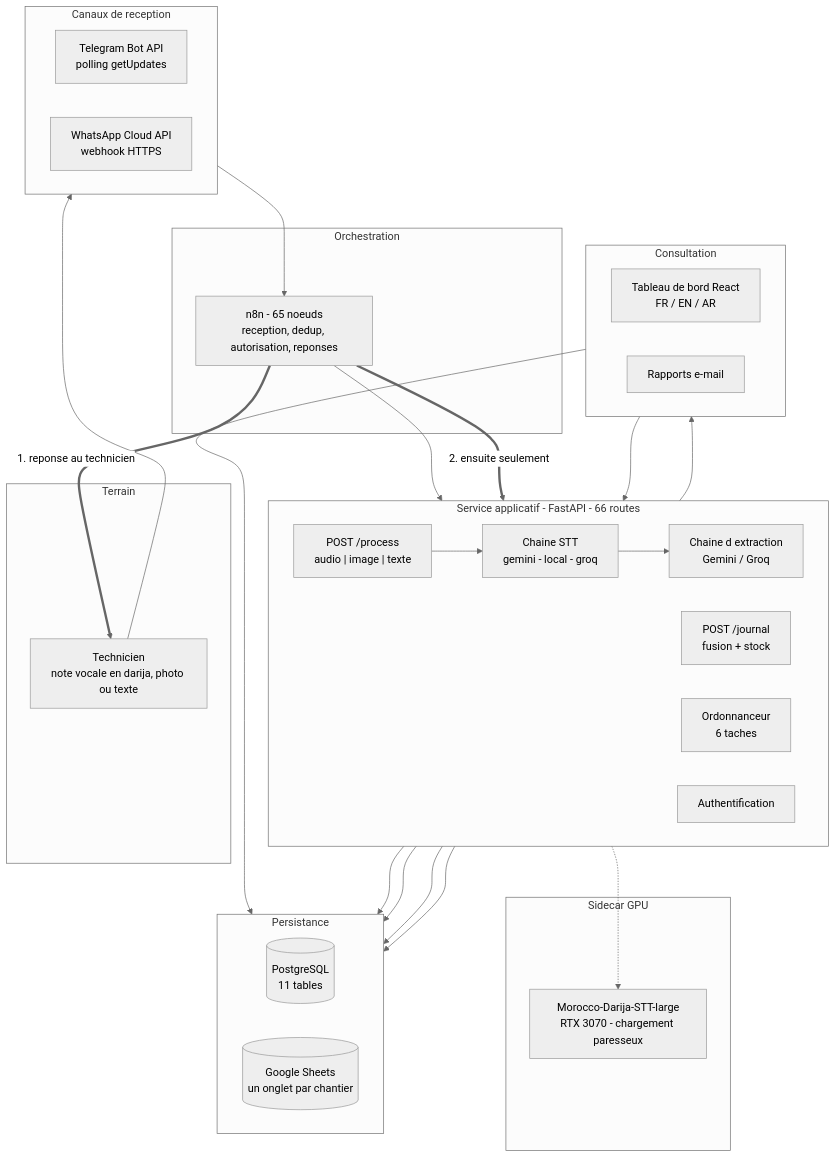
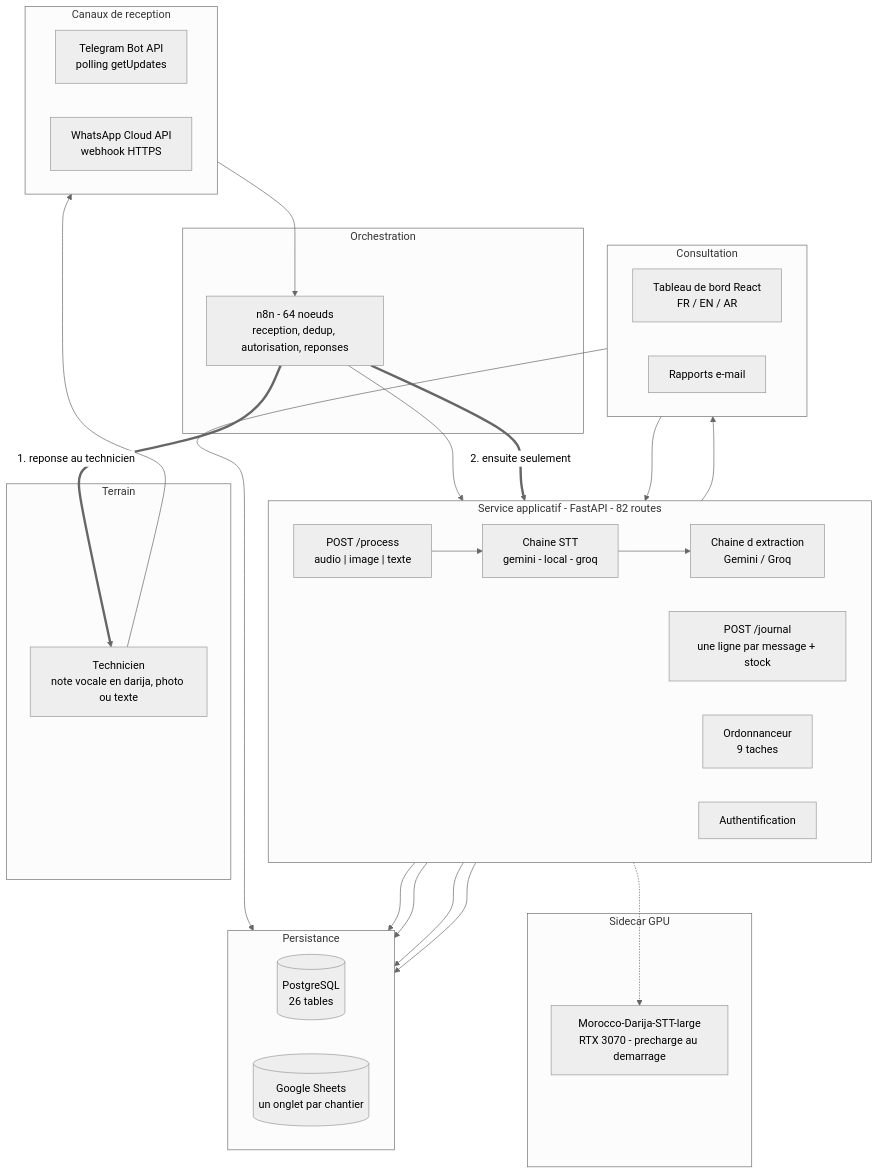
The diagram in Pres+report/diagrams/01-architecture.mmd (yassine808/PFE-aznet), drawn with Mermaid (neutral theme) before and after one commit. The commit also changed 18 other files, not shown here.

```diff
--- a/Pres+report/diagrams/01-architecture.mmd
+++ b/Pres+report/diagrams/01-architecture.mmd
@@ -1,53 +1,53 @@
 flowchart TB
     subgraph terrain["Terrain"]
         T["Technicien<br/>note vocale en darija, photo ou texte"]
     end
 
     subgraph canaux["Canaux de reception"]
         direction LR
         TG["Telegram Bot API<br/>polling getUpdates"]
         WA["WhatsApp Cloud API<br/>webhook HTTPS"]
     end
 
     subgraph orch["Orchestration"]
-        N8N["n8n - 65 noeuds<br/>reception, dedup, autorisation, reponses"]
+        N8N["n8n - 64 noeuds<br/>reception, dedup, autorisation, reponses"]
     end
 
-    subgraph coeur["Service applicatif - FastAPI - 66 routes"]
+    subgraph coeur["Service applicatif - FastAPI - 82 routes"]
         direction LR
         PROC["POST /process<br/>audio | image | texte"]
         STT["Chaine STT<br/>gemini - local - groq"]
         EXT["Chaine d extraction<br/>Gemini / Groq"]
-        JRN["POST /journal<br/>fusion + stock"]
-        JOBS["Ordonnanceur<br/>6 taches"]
+        JRN["POST /journal<br/>une ligne par message + stock"]
+        JOBS["Ordonnanceur<br/>9 taches"]
         AUTH["Authentification"]
     end
 
     subgraph gpu["Sidecar GPU"]
-        LOC["Morocco-Darija-STT-large<br/>RTX 3070 - chargement paresseux"]
+        LOC["Morocco-Darija-STT-large<br/>RTX 3070 - precharge au demarrage"]
     end
 
     subgraph stock["Persistance"]
         direction LR
-        PG[("PostgreSQL<br/>11 tables")]
+        PG[("PostgreSQL<br/>26 tables")]
         GS[("Google Sheets<br/>un onglet par chantier")]
     end
 
     subgraph consult["Consultation"]
         direction LR
         DASH["Tableau de bord React<br/>FR / EN / AR"]
         MAIL["Rapports e-mail"]
     end
 
     T --> canaux --> N8N
     N8N --> PROC --> STT --> EXT
     STT -.-> LOC
     N8N == "1. reponse au technicien" ==> T
     N8N == "2. ensuite seulement" ==> JRN
     JRN --> GS
     PROC --> PG
     AUTH --> PG
     JOBS --> GS
     JOBS --> MAIL
     DASH --> AUTH
     DASH --> PG
```
